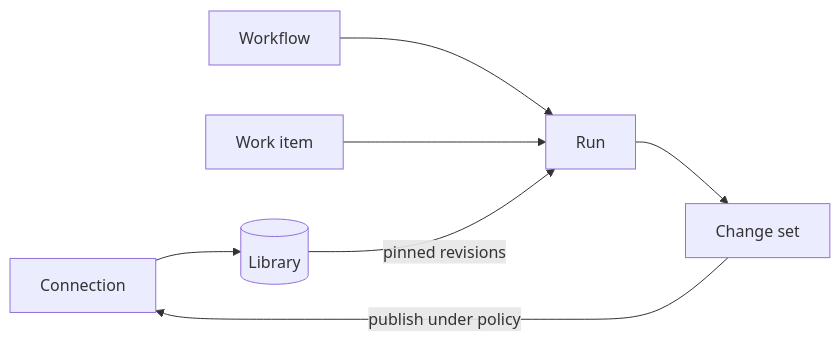
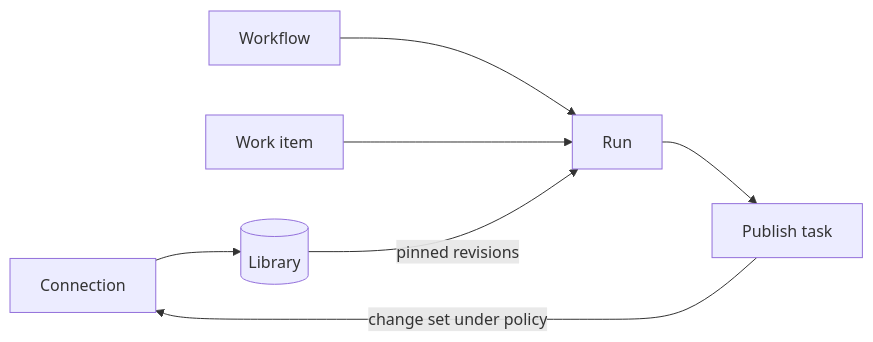
Before and after one commit to ductbuix/flows: the diagram in docs/designs/des-026-work-items-library-connections.md, drawn with Mermaid. The commit also changed other lines of this file and 25 other files, not shown here.

````diff
--- a/docs/designs/des-026-work-items-library-connections.md
+++ b/docs/designs/des-026-work-items-library-connections.md
@@ -34,8 +47,8 @@
 ```mermaid
 flowchart LR
   C[Connection] --> L[(Library)]
   W[Workflow] --> R[Run]
   I[Work item] --> R
   L -->|pinned revisions| R
-  R --> X[Change set] -->|publish under policy| C
+  R --> P[Publish task] -->|change set under policy| C
 ```
````
